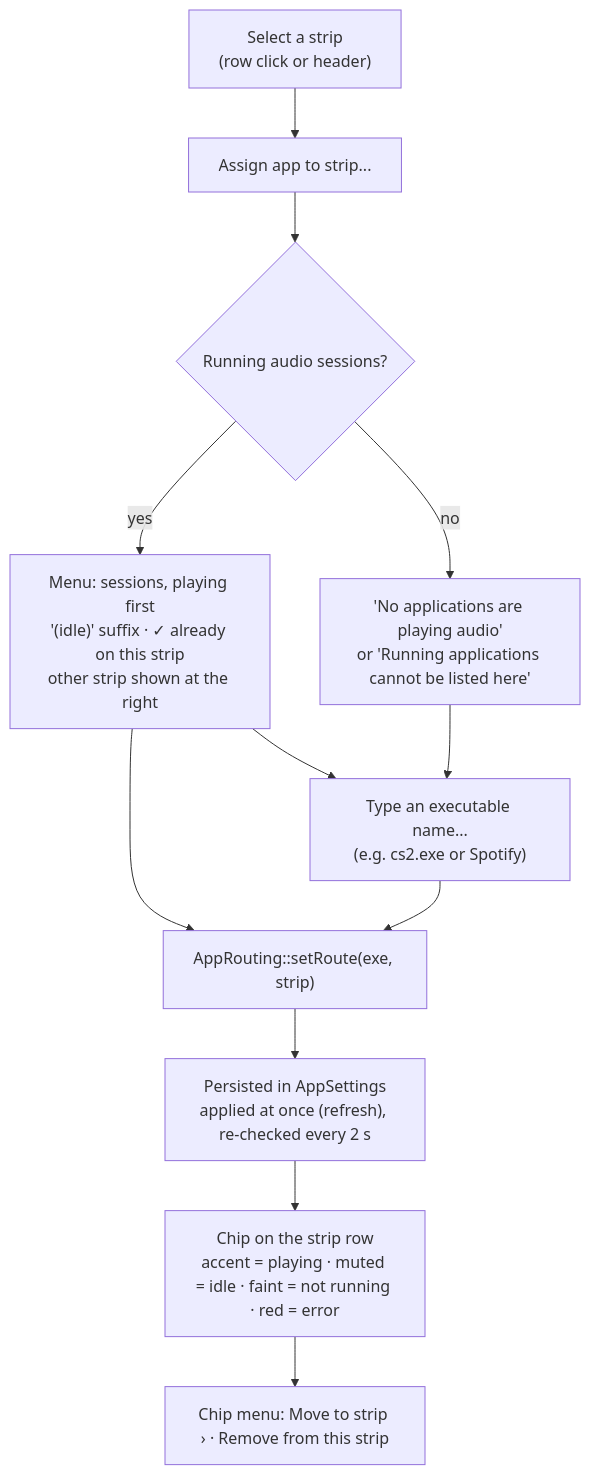
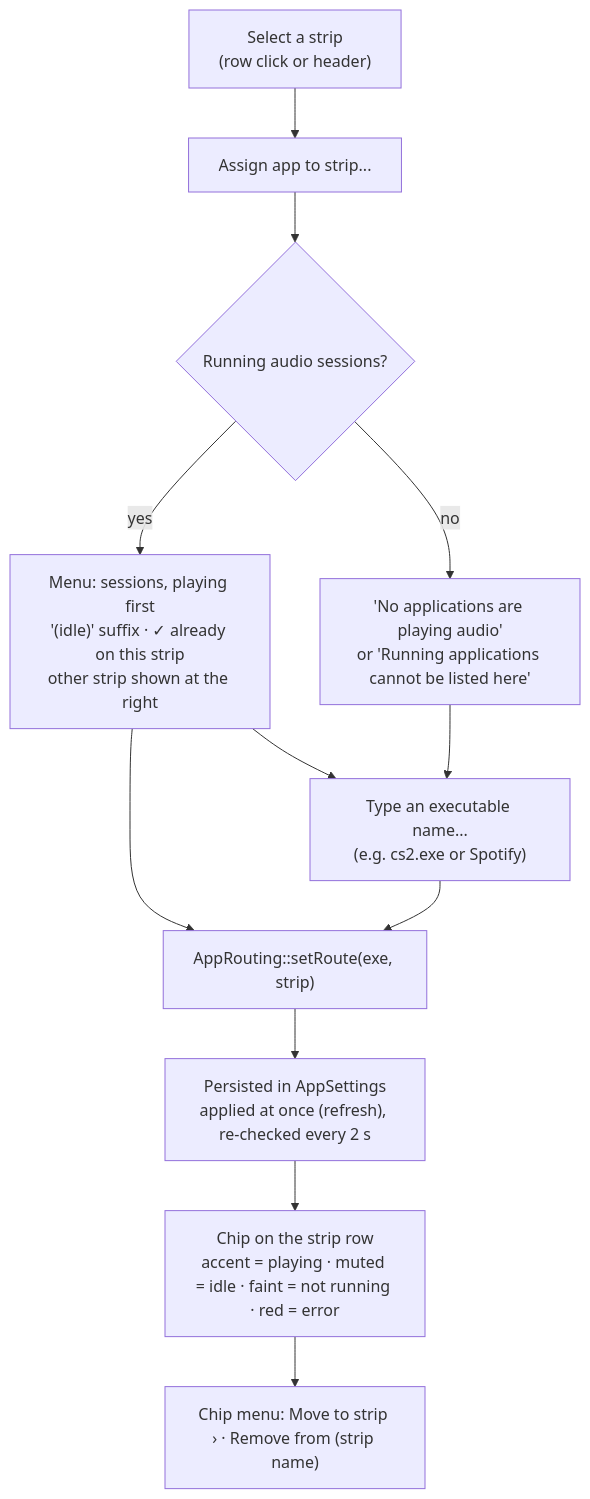
The second of 2 diagrams in docs/06-gui.md (flubydooby-creator/Flubsound), drawn with Mermaid before and after one commit. The commit also changed other lines of this file and 16 other files, not shown here.

````diff
--- a/docs/06-gui.md
+++ b/docs/06-gui.md
@@ -1018,14 +1040,14 @@
 ```mermaid
 flowchart TD
     S["Select a strip<br/>(row click or header)"] --> A["Assign app to strip..."]
     A --> M{"Running audio sessions?"}
     M -->|yes| L["Menu: sessions, playing first<br/>'(idle)' suffix · ✓ already on this strip<br/>other strip shown at the right"]
     M -->|no| N["'No applications are playing audio'<br/>or 'Running applications cannot be listed here'"]
     L --> R["AppRouting::setRoute(exe, strip)"]
     N --> T["Type an executable name...<br/>(e.g. cs2.exe or Spotify)"]
     L --> T
     T --> R
     R --> P["Persisted in AppSettings<br/>applied at once (refresh), re-checked every 2 s"]
     P --> C["Chip on the strip row<br/>accent = playing · muted = idle · faint = not running · red = error"]
-    C --> X["Chip menu: Move to strip › · Remove from this strip"]
+    C --> X["Chip menu: Move to strip › · Remove from (strip name)"]
 ```
````
